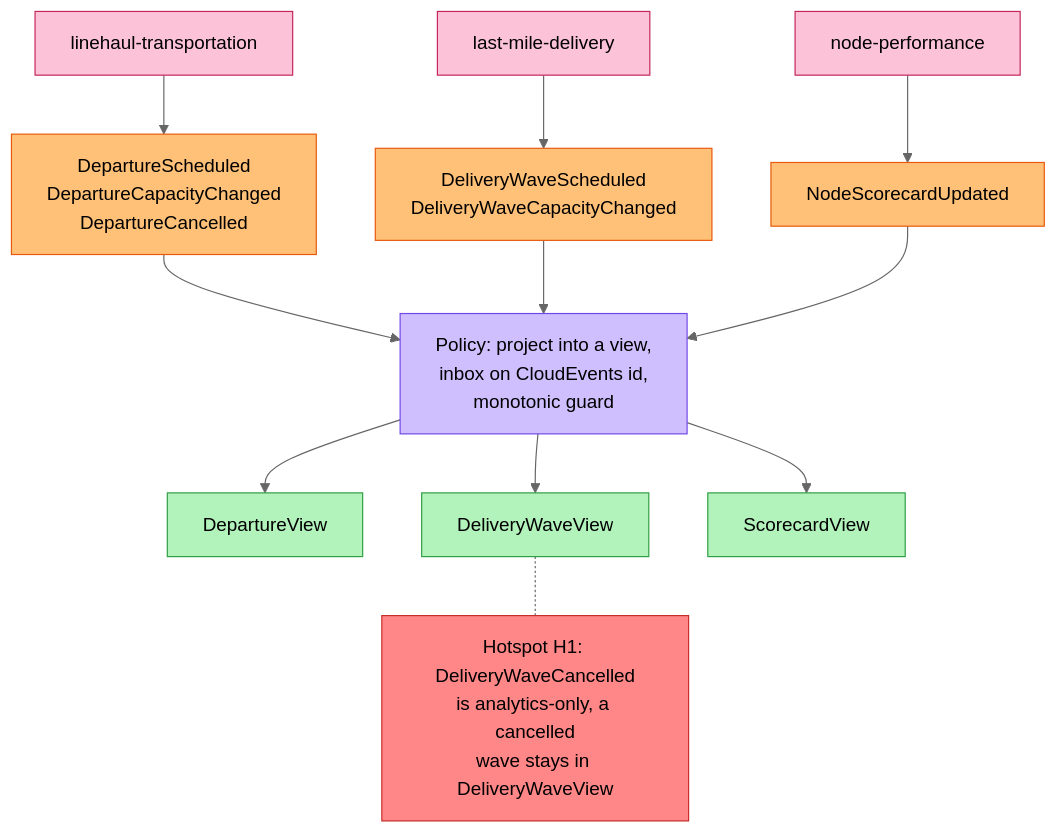
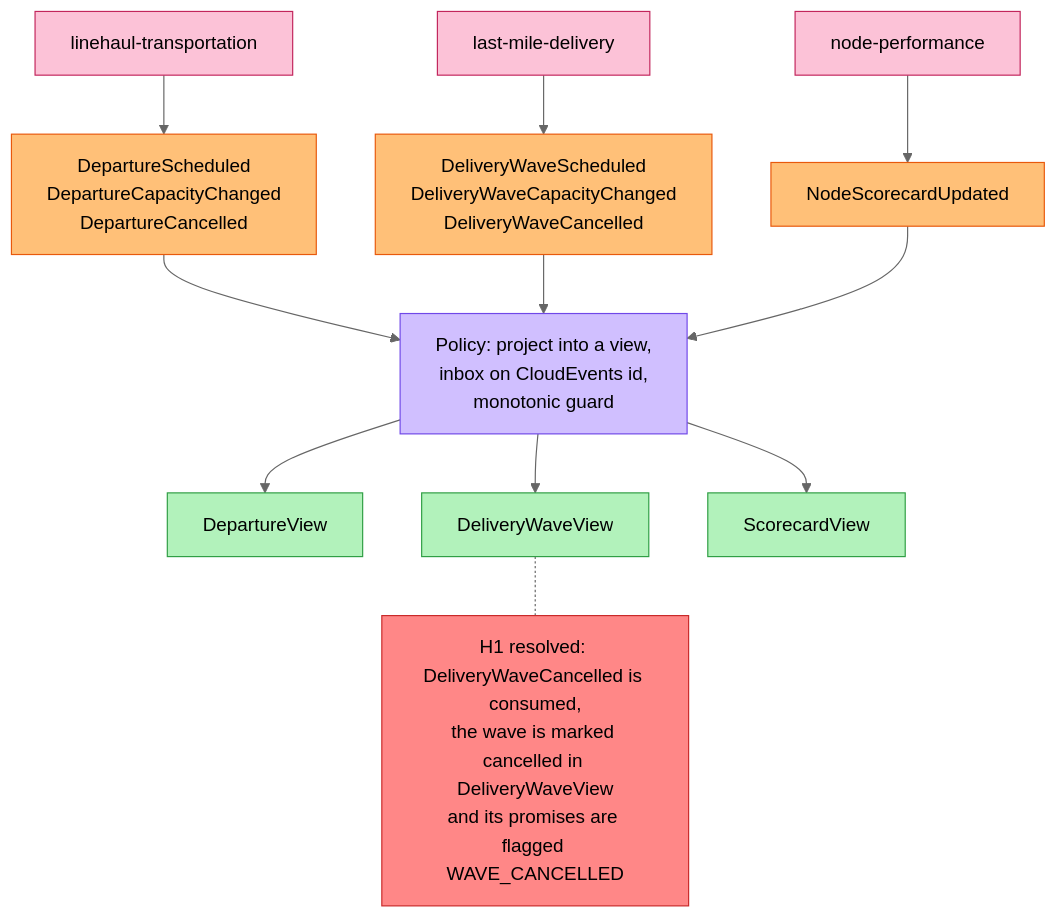
The second of 7 diagrams in network/docs/contexts/delivery-promise/eventstorming.md (IQVO/warehouse-docs), drawn with Mermaid (neutral theme) before and after one commit. The commit also changed other lines of this file and 5 other files, not shown here.

Commit message:
docs(network): delivery-promise pack and model follow the repo (lapsed confirm group, lost/returned judged, WAVE_CANCELLED)

````diff
--- a/network/docs/contexts/delivery-promise/eventstorming.md
+++ b/network/docs/contexts/delivery-promise/eventstorming.md
@@ -74,31 +74,31 @@
 ```mermaid
 flowchart TB
     classDef command fill:#a5d8ff,stroke:#1971c2,color:#000
     classDef aggregate fill:#ffec99,stroke:#f08c00,color:#000
     classDef event fill:#ffc078,stroke:#e8590c,color:#000
     classDef policy fill:#d0bfff,stroke:#7048e8,color:#000
     classDef readmodel fill:#b2f2bb,stroke:#2f9e44,color:#000
     classDef external fill:#fcc2d7,stroke:#c2255c,color:#000
     classDef hotspot fill:#ff8787,stroke:#c92a2a,color:#000
     LH["linehaul-transportation"]:::external
     LM["last-mile-delivery"]:::external
     NP["node-performance"]:::external
     E5["DepartureScheduled<br/>DepartureCapacityChanged<br/>DepartureCancelled"]:::event
-    E6["DeliveryWaveScheduled<br/>DeliveryWaveCapacityChanged"]:::event
+    E6["DeliveryWaveScheduled<br/>DeliveryWaveCapacityChanged<br/>DeliveryWaveCancelled"]:::event
     E7["NodeScorecardUpdated"]:::event
     P1["Policy: project into a view,<br/>inbox on CloudEvents id,<br/>monotonic guard"]:::policy
     R5["DepartureView"]:::readmodel
     R6["DeliveryWaveView"]:::readmodel
     R7["ScorecardView"]:::readmodel
-    H1["Hotspot H1: DeliveryWaveCancelled<br/>is analytics-only, a cancelled<br/>wave stays in DeliveryWaveView"]:::hotspot
+    H1["H1 resolved: DeliveryWaveCancelled is consumed,<br/>the wave is marked cancelled in DeliveryWaveView<br/>and its promises are flagged WAVE_CANCELLED"]:::hotspot
     LH --> E5
     LM --> E6
     NP --> E7
     E5 --> P1
     E6 --> P1
     E7 --> P1
     P1 --> R5
     P1 --> R6
     P1 --> R7
     R6 -.- H1
 ```
````
